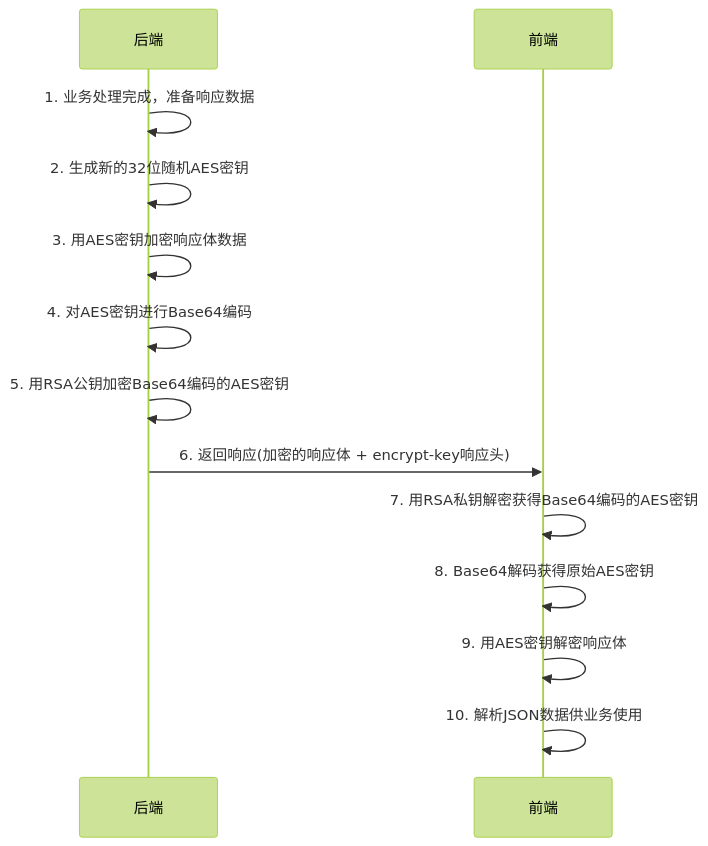
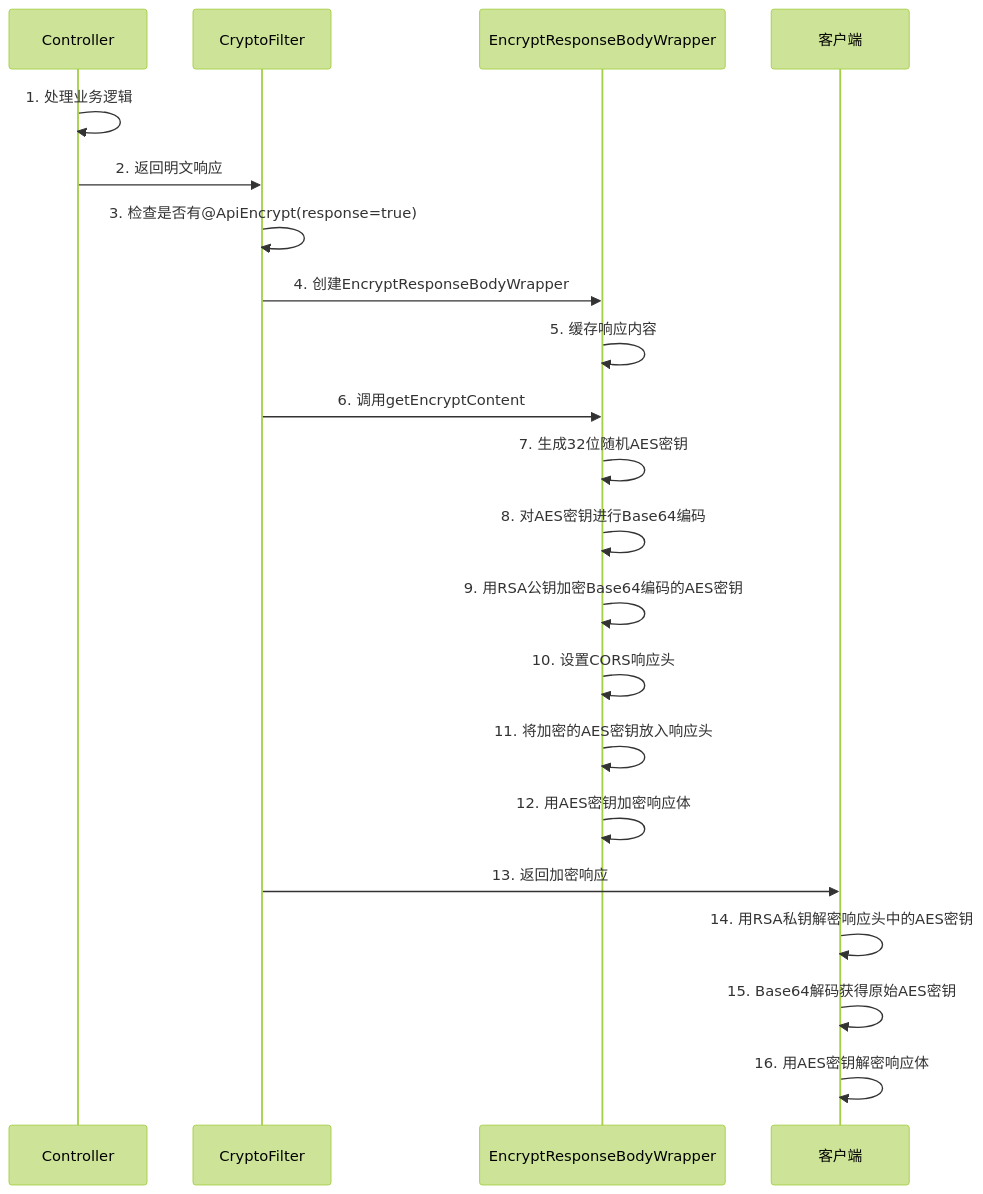
Before and after one commit to bkywksj/ruoyi-plus-uniapp-docs: the second of 2 diagrams in docs/backend/common/encrypt/api-encryption.md, drawn with Mermaid (forest theme). The commit also changed other lines of this file and 50 other files, not shown here.

````diff
--- a/docs/backend/common/encrypt/api-encryption.md
+++ b/docs/backend/common/encrypt/api-encryption.md
@@ -280,16 +282,24 @@
 ```mermaid
 sequenceDiagram
-    participant S as 后端
-    participant F as 前端
-    
-    S->>S: 1. 业务处理完成，准备响应数据
-    S->>S: 2. 生成新的32位随机AES密钥
-    S->>S: 3. 用AES密钥加密响应体数据
-    S->>S: 4. 对AES密钥进行Base64编码
-    S->>S: 5. 用RSA公钥加密Base64编码的AES密钥
-    S->>F: 6. 返回响应(加密的响应体 + encrypt-key响应头)
-    F->>F: 7. 用RSA私钥解密获得Base64编码的AES密钥
-    F->>F: 8. Base64解码获得原始AES密钥
-    F->>F: 9. 用AES密钥解密响应体
-    F->>F: 10. 解析JSON数据供业务使用
+    participant S as Controller
+    participant F as CryptoFilter
+    participant W as EncryptResponseBodyWrapper
+    participant C as 客户端
+
+    S->>S: 1. 处理业务逻辑
+    S->>F: 2. 返回明文响应
+    F->>F: 3. 检查是否有@ApiEncrypt(response=true)
+    F->>W: 4. 创建EncryptResponseBodyWrapper
+    W->>W: 5. 缓存响应内容
+    F->>W: 6. 调用getEncryptContent
+    W->>W: 7. 生成32位随机AES密钥
+    W->>W: 8. 对AES密钥进行Base64编码
+    W->>W: 9. 用RSA公钥加密Base64编码的AES密钥
+    W->>W: 10. 设置CORS响应头
+    W->>W: 11. 将加密的AES密钥放入响应头
+    W->>W: 12. 用AES密钥加密响应体
+    F->>C: 13. 返回加密响应
+    C->>C: 14. 用RSA私钥解密响应头中的AES密钥
+    C->>C: 15. Base64解码获得原始AES密钥
+    C->>C: 16. 用AES密钥解密响应体
 ```
````
